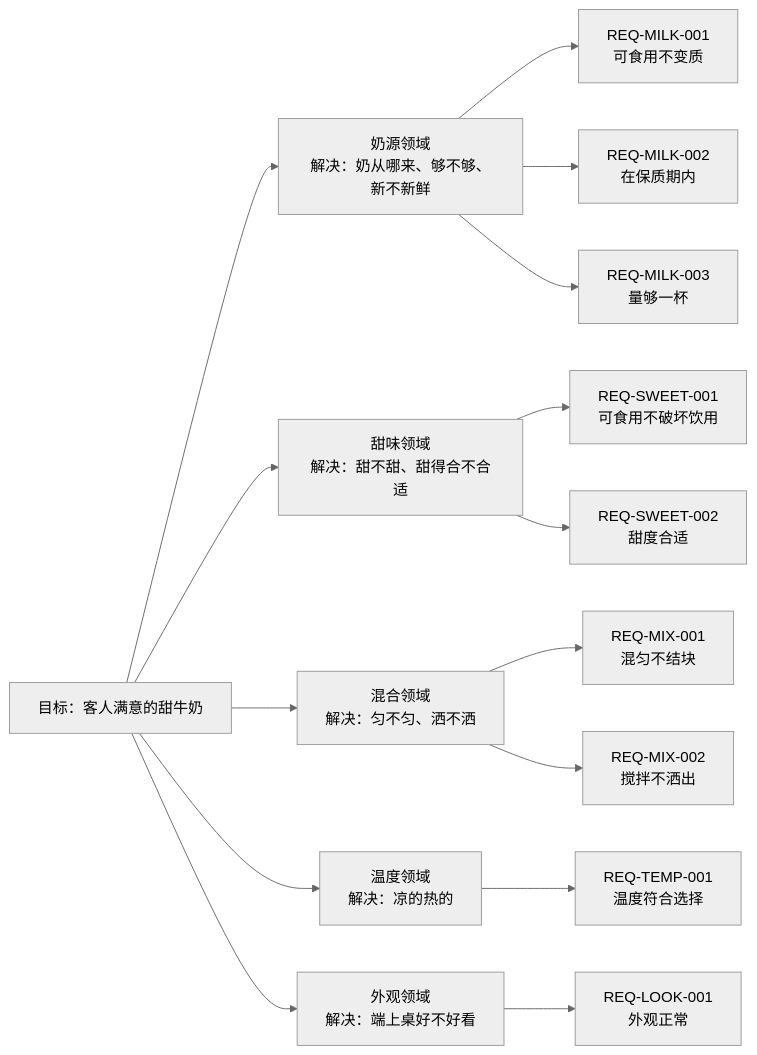
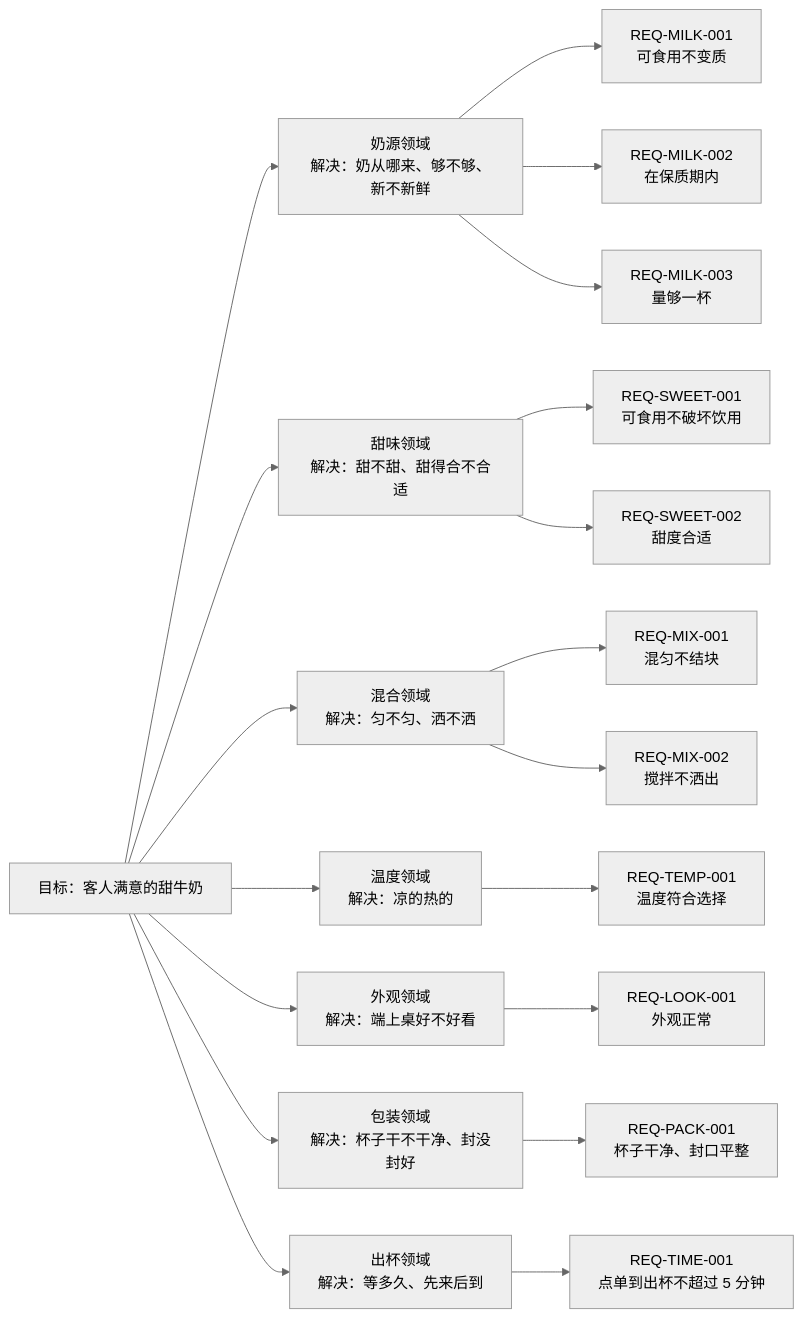
Before and after one commit to morewhyhan/Ignite: the diagram in docs/GOAL-milk.md, drawn with Mermaid (neutral theme). The commit also changed other lines of this file, not shown here.

````diff
--- a/docs/GOAL-milk.md
+++ b/docs/GOAL-milk.md
@@ -50,23 +64,29 @@
 ```mermaid
 flowchart LR
   G["目标：客人满意的甜牛奶"]
   D1["奶源领域<br/>解决：奶从哪来、够不够、新不新鲜"]
   D2["甜味领域<br/>解决：甜不甜、甜得合不合适"]
   D3["混合领域<br/>解决：匀不匀、洒不洒"]
   D4["温度领域<br/>解决：凉的热的"]
   D5["外观领域<br/>解决：端上桌好不好看"]
+  D6["包装领域<br/>解决：杯子干不干净、封没封好"]
+  D7["出杯领域<br/>解决：等多久、先来后到"]
   G --> D1
   G --> D2
   G --> D3
   G --> D4
   G --> D5
+  G --> D6
+  G --> D7
   D1 --> R11["REQ-MILK-001<br/>可食用不变质"]
   D1 --> R12["REQ-MILK-002<br/>在保质期内"]
   D1 --> R13["REQ-MILK-003<br/>量够一杯"]
   D2 --> R21["REQ-SWEET-001<br/>可食用不破坏饮用"]
   D2 --> R22["REQ-SWEET-002<br/>甜度合适"]
   D3 --> R31["REQ-MIX-001<br/>混匀不结块"]
   D3 --> R32["REQ-MIX-002<br/>搅拌不洒出"]
   D4 --> R41["REQ-TEMP-001<br/>温度符合选择"]
   D5 --> R51["REQ-LOOK-001<br/>外观正常"]
+  D6 --> R61["REQ-PACK-001<br/>杯子干净、封口平整"]
+  D7 --> R71["REQ-TIME-001<br/>点单到出杯不超过 5 分钟"]
 ```
````
